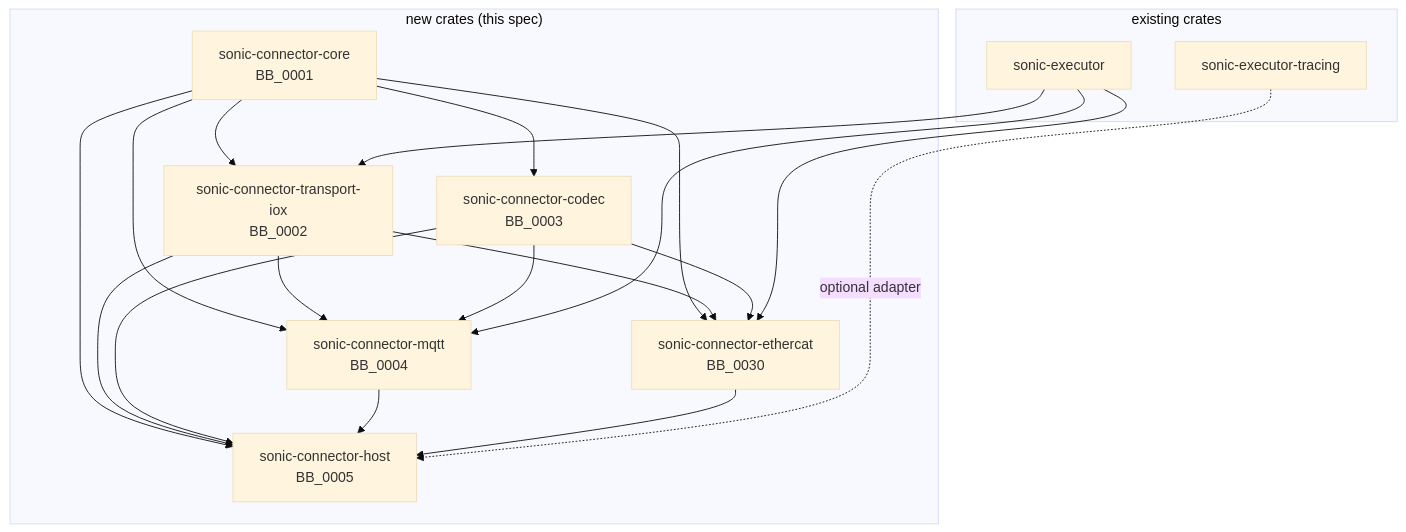
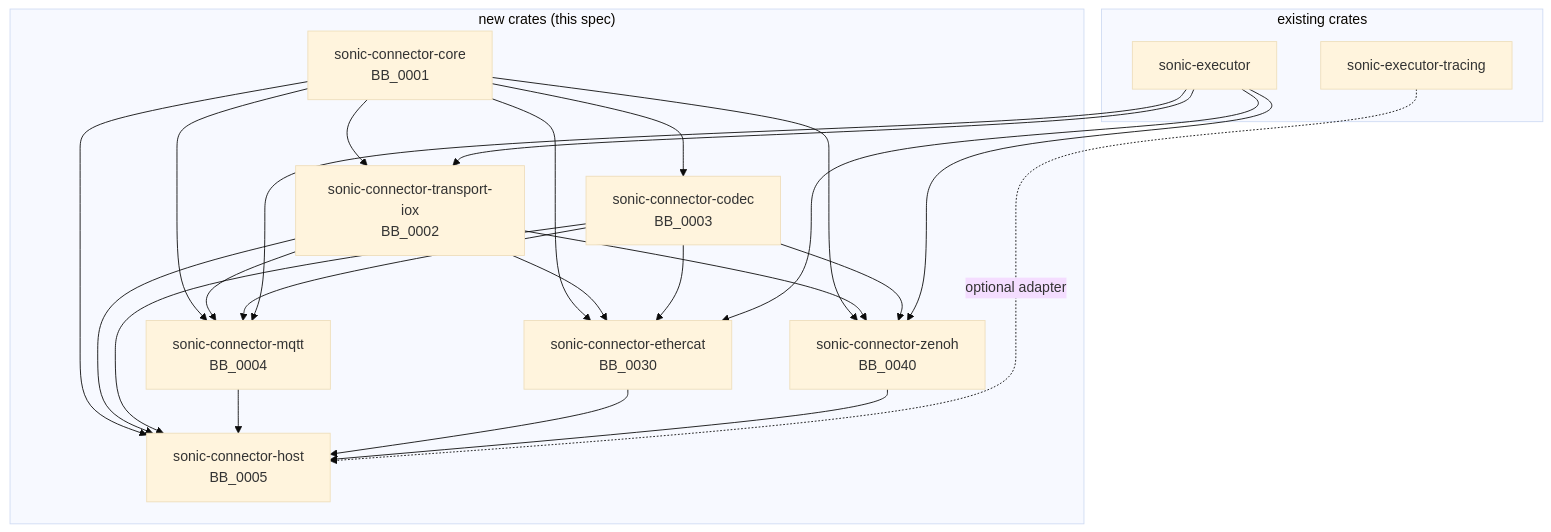
Before and after one commit to patdhlk/sonic: the second of 12 diagrams in spec/architecture/connector.rst, drawn with Mermaid (base theme). The commit also changed other lines of this file, not shown here.

Commit message:
arch(connector): wire BB_0040 into the level-1 diagram

```diff
--- a/spec/architecture/connector.rst
+++ b/spec/architecture/connector.rst
@@ -680,32 +680,38 @@
    .. mermaid::
 
       flowchart TB
         subgraph existing_crates[existing crates]
           EX[sonic-executor]
           TR[sonic-executor-tracing]
         end
         subgraph new_crates["new crates (this spec)"]
           CO[sonic-connector-core<br/>BB_0001]
           TX[sonic-connector-transport-iox<br/>BB_0002]
           CD[sonic-connector-codec<br/>BB_0003]
           MQ[sonic-connector-mqtt<br/>BB_0004]
           EC[sonic-connector-ethercat<br/>BB_0030]
+          ZE[sonic-connector-zenoh<br/>BB_0040]
           HO[sonic-connector-host<br/>BB_0005]
         end
         CO --> TX
         CO --> CD
         CO --> MQ
         CO --> EC
         TX --> MQ
         TX --> EC
         CD --> MQ
         CD --> EC
         EX --> TX
         EX --> MQ
         EX --> EC
         CO --> HO
         TX --> HO
         CD --> HO
         MQ --> HO
         EC --> HO
+        CO --> ZE
+        TX --> ZE
+        CD --> ZE
+        EX --> ZE
+        ZE --> HO
         TR -.optional adapter.-> HO
```
